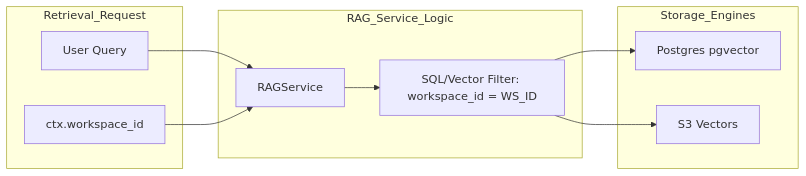
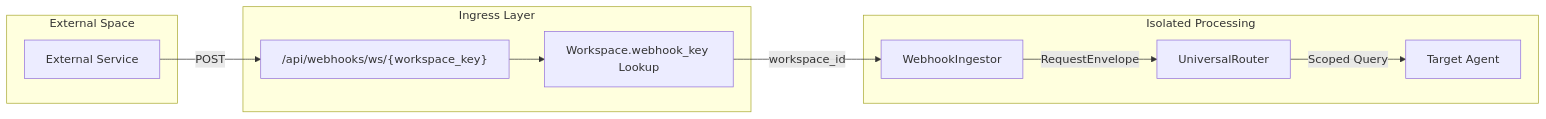
One commit to AutomatosAI/automatos-ai changed the second of 2 diagrams in docs/authentication-multi-tenancy/data-isolation.md. Above: the diagram before and after it, drawn with Mermaid. The commit also changed other lines of this file and 153 other files, not shown here.

````diff
--- a/docs/authentication-multi-tenancy/data-isolation.md
+++ b/docs/authentication-multi-tenancy/data-isolation.md
@@ -131,23 +132,23 @@
 ```mermaid
 graph LR
-    subgraph "Retrieval_Request"
-        Query["User Query"]
-        WS_ID["ctx.workspace_id"]
+    subgraph "External Space"
+        Ext["External Service"]
     end
 
-    subgraph "RAG_Service_Logic"
-        RAG["RAGService"]
-        Filter["SQL/Vector Filter: workspace_id = WS_ID"]
+    subgraph "Ingress Layer"
+        Router["/api/webhooks/ws/{workspace_key}"]
+        WS_Lookup["Workspace.webhook_key Lookup"]
     end
 
-    subgraph "Storage_Engines"
-        PGV["Postgres pgvector"]
-        S3V["S3 Vectors"]
+    subgraph "Isolated Processing"
+        Ingestor["WebhookIngestor"]
+        UniRouter["UniversalRouter"]
+        Agent["Target Agent"]
     end
 
-    Query --> RAG
-    WS_ID --> RAG
-    RAG --> Filter
-    Filter --> PGV
-    Filter --> S3V
+    Ext -- "POST" --> Router
+    Router --> WS_Lookup
+    WS_Lookup -- "workspace_id" --> Ingestor
+    Ingestor -- "RequestEnvelope" --> UniRouter
+    UniRouter -- "Scoped Query" --> Agent
 ```
````
